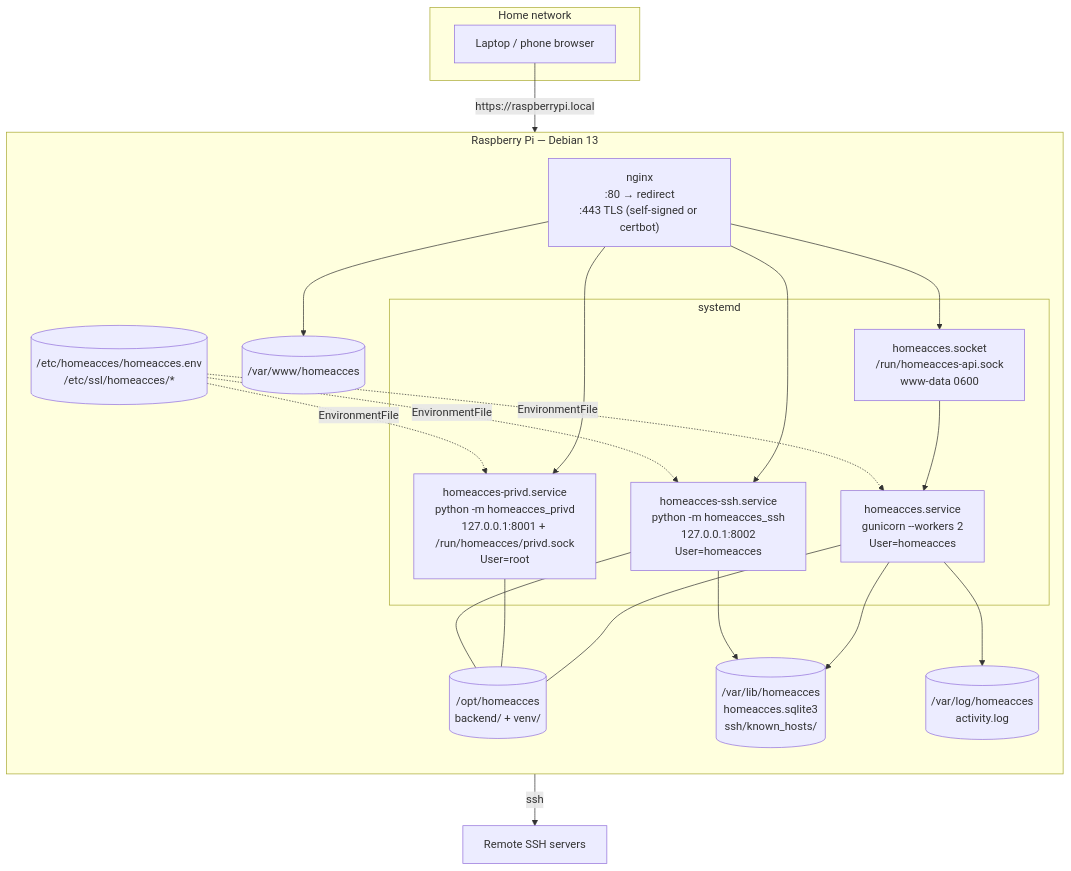
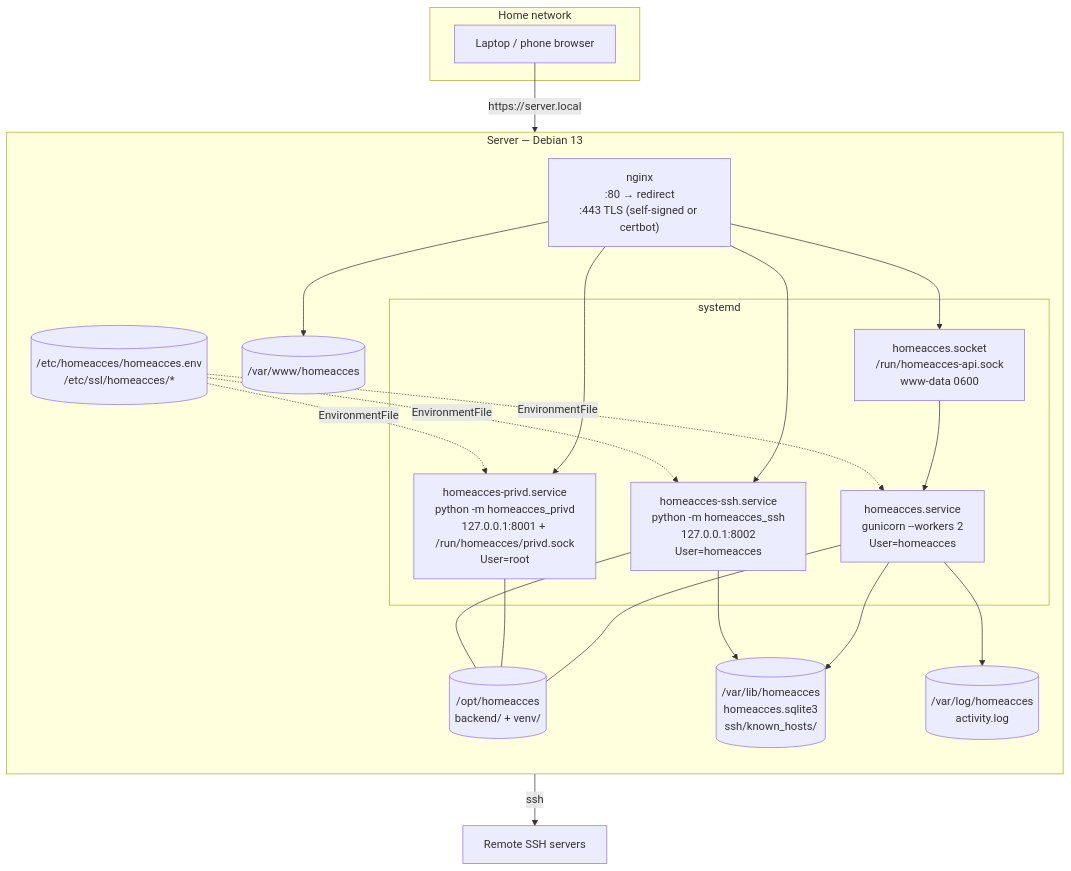
One commit to juanecito/Home_Access_Web changed the first of 6 diagrams in doc/06-deployment.md. Above: the diagram before and after it, drawn with Mermaid. The commit also changed other lines of this file and 22 other files, not shown here.

````diff
--- a/doc/06-deployment.md
+++ b/doc/06-deployment.md
@@ -26,35 +26,35 @@
 ```mermaid
 flowchart TB
     subgraph LAN["Home network"]
         PC["Laptop / phone browser"]
     end
-    subgraph Pi["Raspberry Pi — Debian 13"]
+    subgraph Server["Server — Debian 13"]
         direction TB
         NGINX["nginx<br/>:80 → redirect<br/>:443 TLS (self-signed or certbot)"]
         subgraph sd["systemd"]
             SOCK["homeacces.socket<br/>/run/homeacces-api.sock<br/>www-data 0600"]
             API["homeacces.service<br/>gunicorn --workers 2<br/>User=homeacces"]
             PRIV["homeacces-privd.service<br/>python -m homeacces_privd<br/>127.0.0.1:8001 + /run/homeacces/privd.sock<br/>User=root"]
             SSHD["homeacces-ssh.service<br/>python -m homeacces_ssh<br/>127.0.0.1:8002<br/>User=homeacces"]
         end
         WWW[("/var/www/homeacces")]
         OPT[("/opt/homeacces<br/>backend/ + venv/")]
         VAR[("/var/lib/homeacces<br/>homeacces.sqlite3<br/>ssh/known_hosts/")]
         LOGD[("/var/log/homeacces<br/>activity.log")]
         ETC[("/etc/homeacces/homeacces.env<br/>/etc/ssl/homeacces/*")]
     end
     RS["Remote SSH servers"]
-    PC -- "https://raspberrypi.local" --> NGINX
+    PC -- "https://server.local" --> NGINX
     NGINX --> WWW
     NGINX --> SOCK --> API
     NGINX --> PRIV
     NGINX --> SSHD
     API --- OPT
     PRIV --- OPT
     SSHD --- OPT
     API --> VAR
     SSHD --> VAR
     SSHD -- "ssh" --> RS
     API --> LOGD
     ETC -. EnvironmentFile .-> API & PRIV & SSHD
 ```
````
